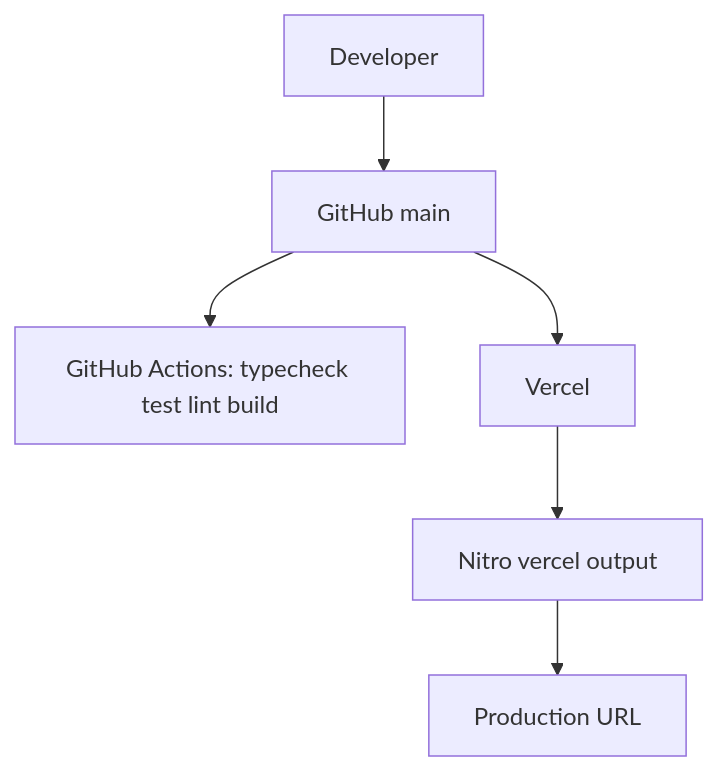
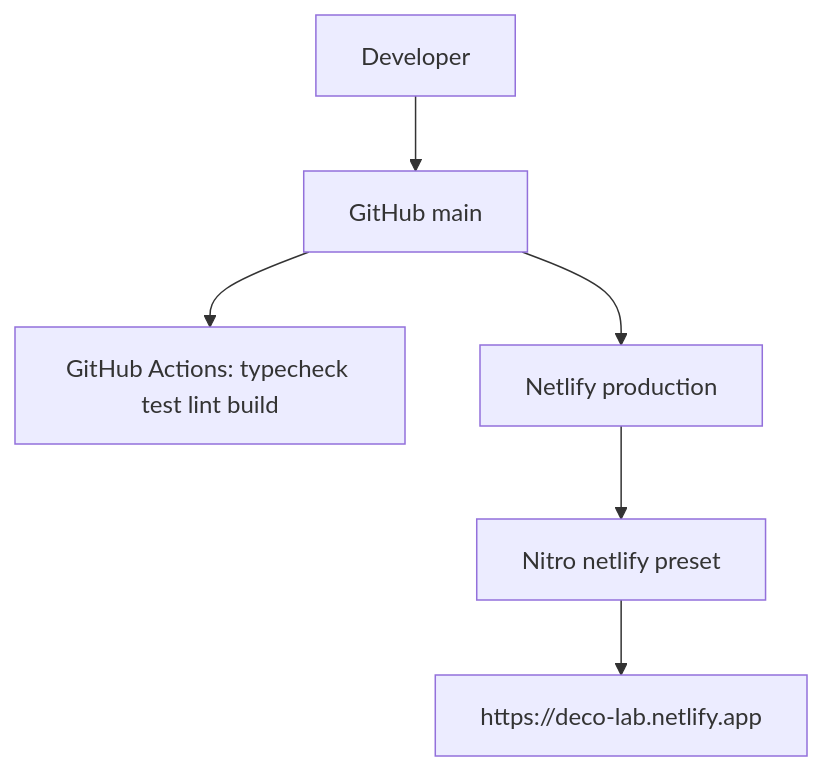
Before and after one commit to ahmaddroobi99/deco-lab: the diagram in docs/architecture/deployment.md, drawn with Mermaid. The commit also changed other lines of this file and 3 other files, not shown here.

First line of the commit message:
docs: record live Netlify production URL

````diff
--- a/docs/architecture/deployment.md
+++ b/docs/architecture/deployment.md
@@ -3,8 +3,8 @@
 ```mermaid
 flowchart TD
   Dev[Developer] --> GH[GitHub main]
   GH --> CI[GitHub Actions: typecheck test lint build]
-  GH --> Vercel[Vercel]
-  Vercel --> Nitro[Nitro vercel output]
-  Nitro --> Edge[Production URL]
+  GH --> Netlify[Netlify production]
+  Netlify --> Nitro[Nitro netlify preset]
+  Nitro --> Edge["https://deco-lab.netlify.app"]
 ```
````
